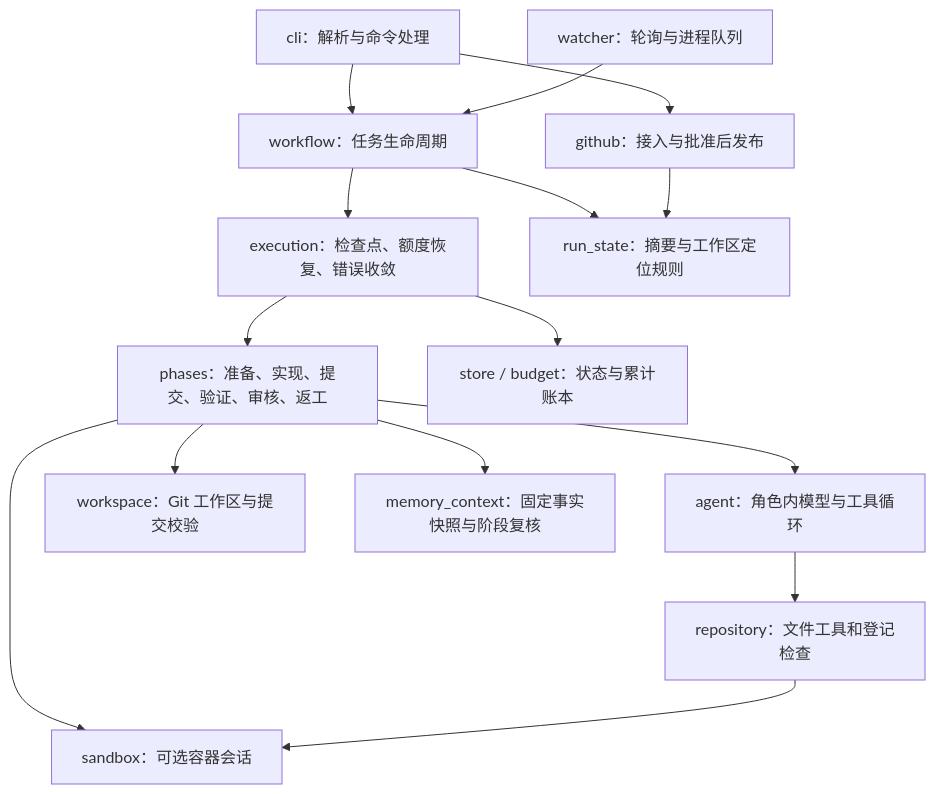
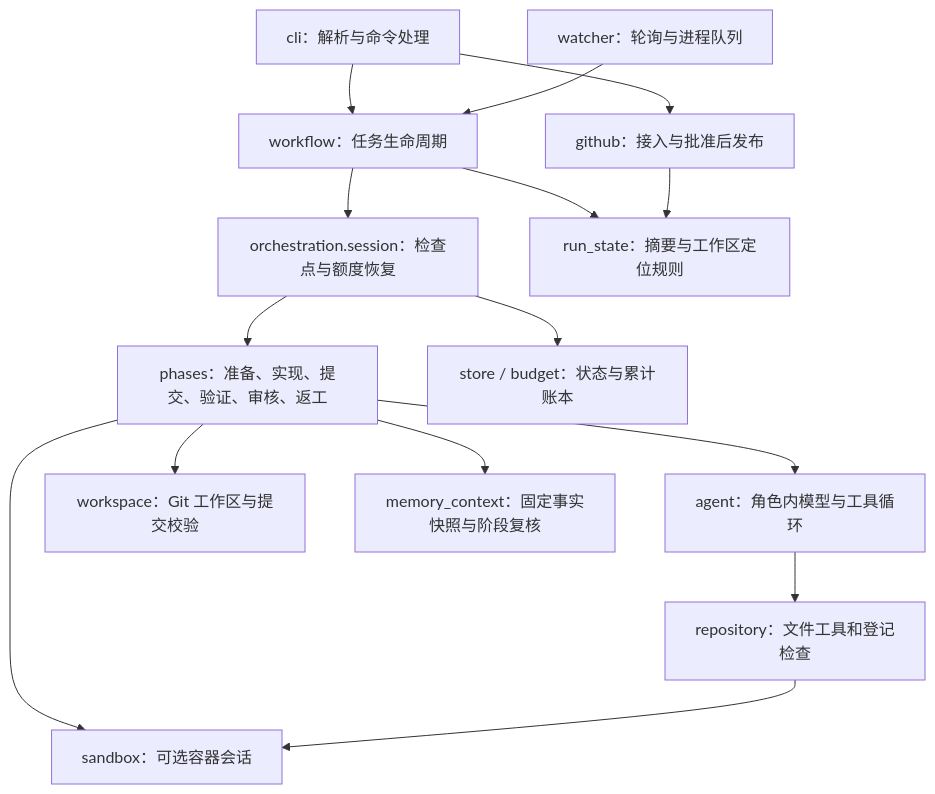
Before and after one commit to saikaji0314/repopilot: the diagram in docs/runtime-v2/ARCHITECTURE.md, drawn with Mermaid. The commit also changed other lines of this file and 169 other files, not shown here.

````diff
--- a/docs/runtime-v2/ARCHITECTURE.md
+++ b/docs/runtime-v2/ARCHITECTURE.md
@@ -37,17 +37,17 @@
 ```mermaid
 flowchart TD
     CLI[cli：解析与命令处理] --> WF[workflow：任务生命周期]
     WATCH[watcher：轮询与进程队列] --> WF
-    WF --> EXEC[execution：检查点、额度恢复、错误收敛]
+    WF --> EXEC[orchestration.session：检查点与额度恢复]
     EXEC --> PHASE[phases：准备、实现、提交、验证、审核、返工]
     PHASE --> AGENT[agent：角色内模型与工具循环]
     AGENT --> TOOLS[repository：文件工具和登记检查]
     PHASE --> SANDBOX[sandbox：可选容器会话]
     TOOLS --> SANDBOX
     PHASE --> WS[workspace：Git 工作区与提交校验]
     PHASE --> MEM[memory_context：固定事实快照与阶段复核]
     EXEC --> STORE[store / budget：状态与累计账本]
     CLI --> GH[github：接入与批准后发布]
     WF --> STATE[run_state：摘要与工作区定位规则]
     GH --> STATE
 ```
````
